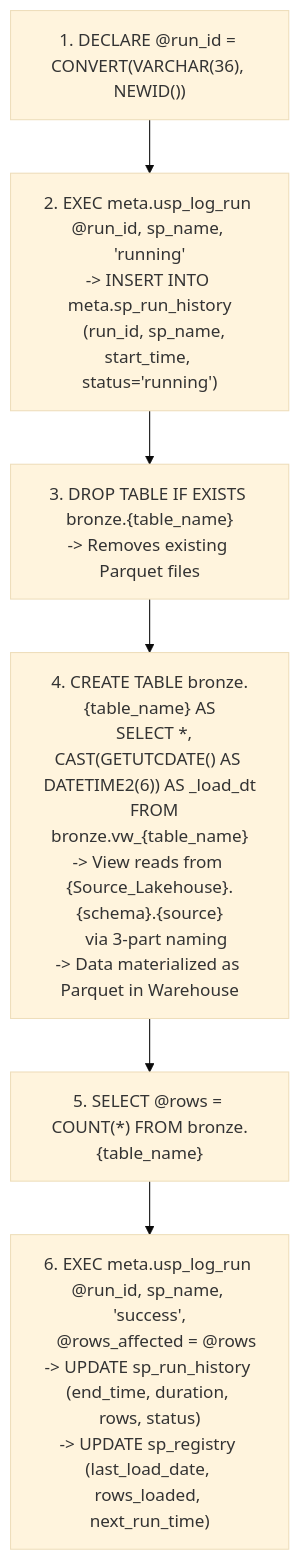
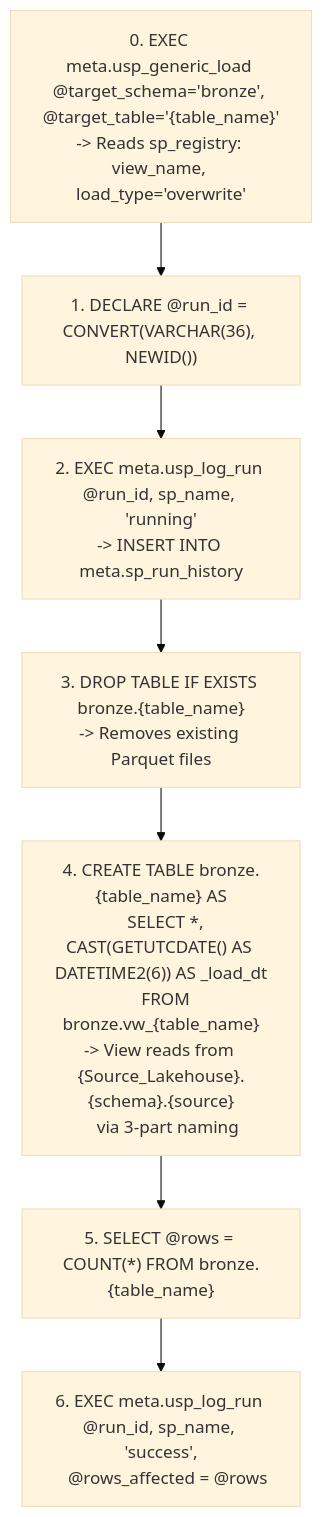
One commit to ankinguyen-engineer-2002/Fabric-v9-Warehouse-Medallion changed the second of 9 diagrams in Fabric_Architect/template_pipeline_guide.md. Above: the diagram before and after it, drawn with Mermaid (base theme). The commit also changed other lines of this file and 7 other files, not shown here.

First line of the commit message:
Generic SP migration: 28 per-table SPs → 1 meta.usp_generic_load

````diff
--- a/Fabric_Architect/template_pipeline_guide.md
+++ b/Fabric_Architect/template_pipeline_guide.md
@@ -94,11 +93,12 @@
 ```mermaid
 flowchart TD
+    S0["0. EXEC meta.usp_generic_load @target_schema='bronze', @target_table='{table_name}'\n-> Reads sp_registry: view_name, load_type='overwrite'"]
     S1["1. DECLARE @run_id = CONVERT(VARCHAR(36), NEWID())"]
-    S2["2. EXEC meta.usp_log_run @run_id, sp_name, 'running'\n-> INSERT INTO meta.sp_run_history\n   (run_id, sp_name, start_time, status='running')"]
+    S2["2. EXEC meta.usp_log_run @run_id, sp_name, 'running'\n-> INSERT INTO meta.sp_run_history"]
     S3["3. DROP TABLE IF EXISTS bronze.{table_name}\n-> Removes existing Parquet files"]
-    S4["4. CREATE TABLE bronze.{table_name} AS\n   SELECT *, CAST(GETUTCDATE() AS DATETIME2(6)) AS _load_dt\n   FROM bronze.vw_{table_name}\n-> View reads from {Source_Lakehouse}.{schema}.{source}\n   via 3-part naming\n-> Data materialized as Parquet in Warehouse"]
+    S4["4. CREATE TABLE bronze.{table_name} AS\n   SELECT *, CAST(GETUTCDATE() AS DATETIME2(6)) AS _load_dt\n   FROM bronze.vw_{table_name}\n-> View reads from {Source_Lakehouse}.{schema}.{source}\n   via 3-part naming"]
     S5["5. SELECT @rows = COUNT(*) FROM bronze.{table_name}"]
-    S6["6. EXEC meta.usp_log_run @run_id, sp_name, 'success',\n   @rows_affected = @rows\n-> UPDATE sp_run_history (end_time, duration, rows, status)\n-> UPDATE sp_registry (last_load_date, rows_loaded, next_run_time)"]
+    S6["6. EXEC meta.usp_log_run @run_id, sp_name, 'success',\n   @rows_affected = @rows"]
 
-    S1 --> S2 --> S3 --> S4 --> S5 --> S6
+    S0 --> S1 --> S2 --> S3 --> S4 --> S5 --> S6
 ```
````
